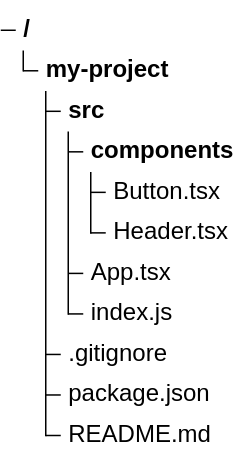
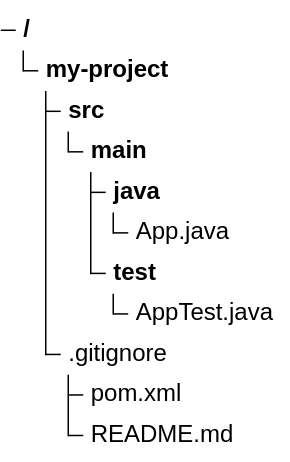
One commit to chanduujjina/WebSocket_Server changed the second of 2 diagrams in Plan.md. Above: the diagram before and after it, drawn with Mermaid.

````diff
--- a/Plan.md
+++ b/Plan.md
@@ -35,13 +35,13 @@
 ```mermaid
 treeView-beta
             my-project/
                 src/
-                    components/
-                        Button.tsx
-                        Header.tsx
-                    App.tsx
-                    index.js
+                    main/
+                         java/
+                               App.java
+                         test/
+                              AppTest.java   
                 .gitignore
-                package.json
-                README.md
+                 pom.xml
+                 README.md
 ```
````
